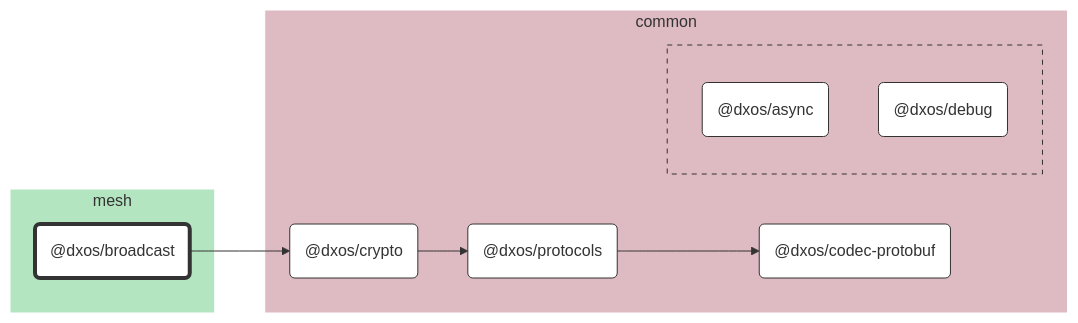
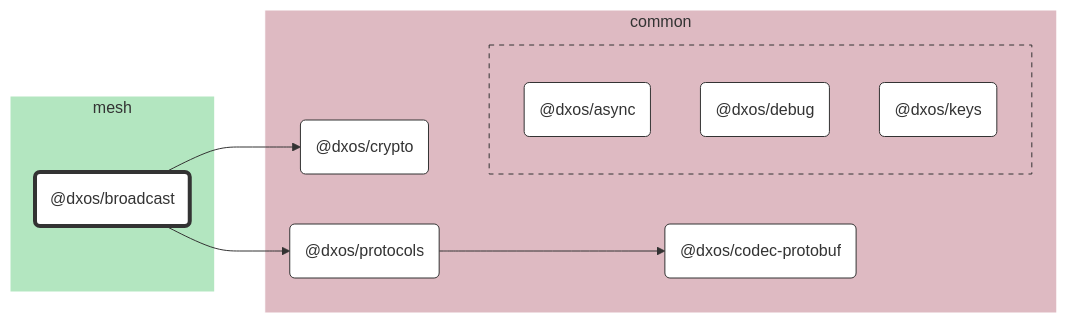
One commit to dxos/dxos changed the diagram in packages/mesh/broadcast/docs/README.md. Above: the diagram before and after it, drawn with Mermaid. The commit also changed other lines of this file and 52 other files, not shown here.

````diff
--- a/packages/mesh/broadcast/docs/README.md
+++ b/packages/mesh/broadcast/docs/README.md
@@ -7,41 +7,43 @@
 ```mermaid
 %%{ init: {'flowchart':{'curve':'basis'}} }%%
 
 flowchart LR
 
 %% Classes
 classDef def fill:#fff,stroke:#333,stroke-width:1px
 classDef root fill:#fff,stroke:#333,stroke-width:4px
 
 %% Nodes
 
 subgraph mesh [mesh]
   style mesh fill:#b3e6c0,stroke:#fff
   dxos/broadcast("@dxos/broadcast"):::root
   click dxos/broadcast "dxos/dxos/tree/main/packages/mesh/broadcast/docs"
 end
 
 subgraph common [common]
   style common fill:#debac2,stroke:#fff
   dxos/codec-protobuf("@dxos/codec-protobuf"):::def
   click dxos/codec-protobuf "dxos/dxos/tree/main/packages/common/codec-protobuf/docs"
   dxos/crypto("@dxos/crypto"):::def
   click dxos/crypto "dxos/dxos/tree/main/packages/common/crypto/docs"
   dxos/protocols("@dxos/protocols"):::def
   click dxos/protocols "dxos/dxos/tree/main/packages/common/protocols/docs"
 
   subgraph common-excluded [ ]
     style common-excluded fill:#debac2,stroke:#333,stroke-dasharray:5 5
     dxos/async("@dxos/async"):::def
     click dxos/async "dxos/dxos/tree/main/packages/common/async/docs"
     dxos/debug("@dxos/debug"):::def
     click dxos/debug "dxos/dxos/tree/main/packages/common/debug/docs"
+    dxos/keys("@dxos/keys"):::def
+    click dxos/keys "dxos/dxos/tree/main/packages/common/keys/docs"
   end
 end
 
 %% Links
 linkStyle default stroke:#333,stroke-width:1px
 dxos/broadcast --> dxos/crypto
-dxos/crypto --> dxos/protocols
+dxos/broadcast --> dxos/protocols
 dxos/protocols --> dxos/codec-protobuf
 ```
````
